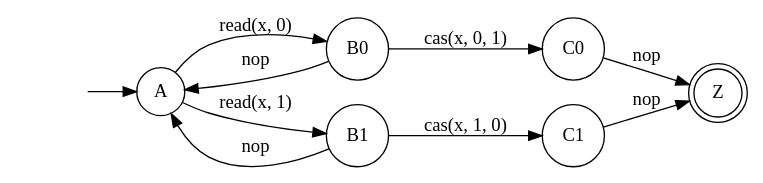
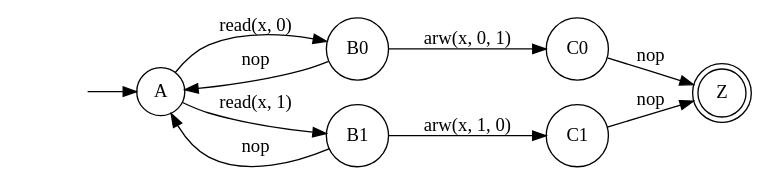
Before and after one commit to dzufferey/dzufferey.github.io: the second of 2 diagrams in concurrency_theory_2019/exercises/bonus_solutions_2.md, drawn with Graphviz.

````diff
--- a/concurrency_theory_2019/exercises/bonus_solutions_2.md
+++ b/concurrency_theory_2019/exercises/bonus_solutions_2.md
@@ -96,17 +96,17 @@
   ```graphviz
   digraph finite_state_machine {
       rankdir=LR;
       node [shape = circle];
       init [shape = none, label = ""];
       Z [shape = doublecircle];
       init -> A;
       A -> B0 [ label = "read(x, 0)" ];
-      B0 -> C0 [ label = "cas(x, 0, 1)" ];
+      B0 -> C0 [ label = "arw(x, 0, 1)" ];
       B0 -> A [ label = "nop" ];
       C0 -> Z [ label = "nop" ];
       A -> B1 [ label = "read(x, 1)" ];
-      B1 -> C1 [ label = "cas(x, 1, 0)" ];
+      B1 -> C1 [ label = "arw(x, 1, 0)" ];
       B1 -> A [ label = "nop" ];
       C1 -> Z [ label = "nop" ];
   }
   ```
````
